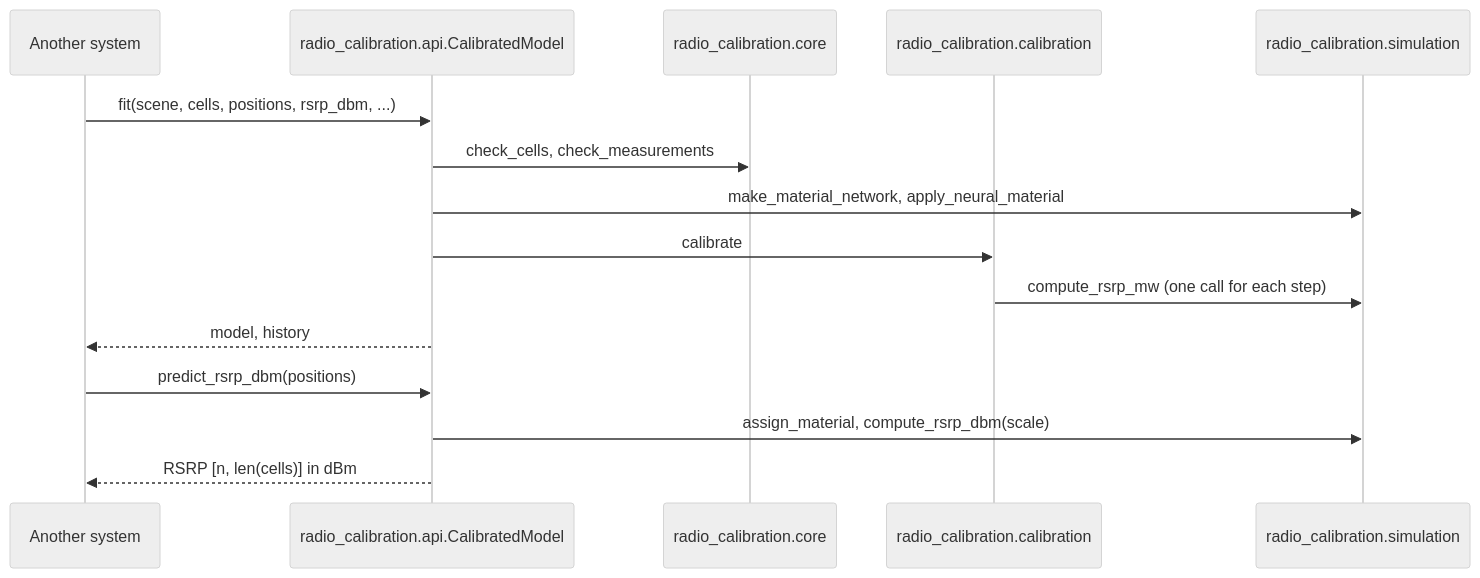
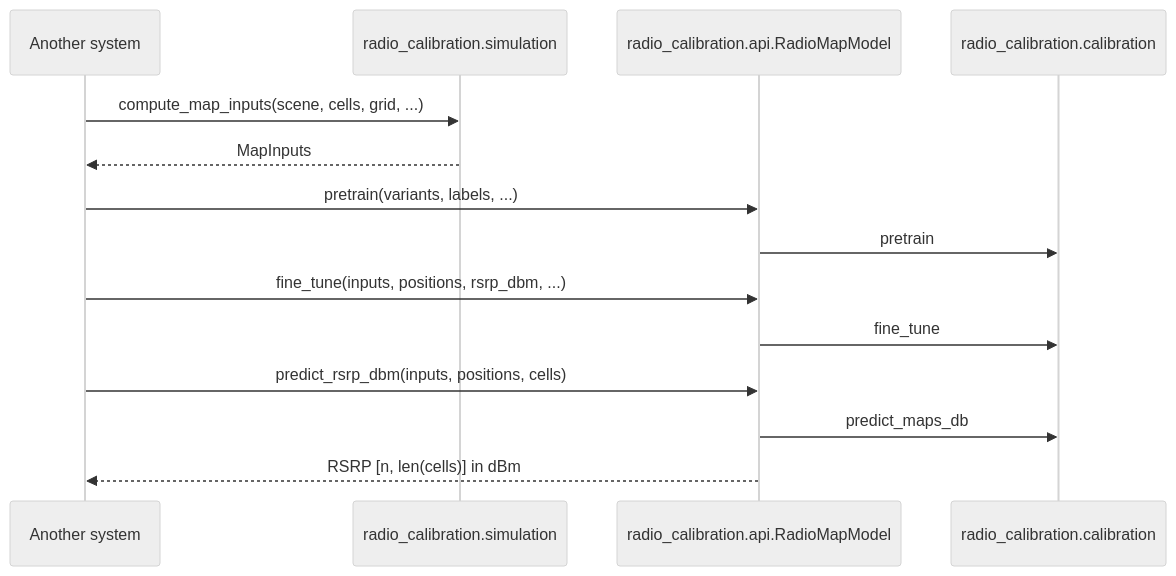
One commit to Wombat-Engineers/radio-calibration changed the second of 2 diagrams in README.md. Above: the diagram before and after it, drawn with Mermaid (neutral theme). The commit also changed other lines of this file and 100 other files, not shown here.

````diff
--- a/README.md
+++ b/README.md
@@ -373,17 +312,16 @@
 ```mermaid
 sequenceDiagram
     participant Host as Another system
-    participant API as radio_calibration.api.CalibratedModel
-    participant Core as radio_calibration.core
+    participant Sim as radio_calibration.simulation
+    participant API as radio_calibration.api.RadioMapModel
     participant Cal as radio_calibration.calibration
-    participant Sim as radio_calibration.simulation
-    Host->>API: fit(scene, cells, positions, rsrp_dbm, ...)
-    API->>Core: check_cells, check_measurements
-    API->>Sim: make_material_network, apply_neural_material
-    API->>Cal: calibrate
-    Cal->>Sim: compute_rsrp_mw (one call for each step)
-    API-->>Host: model, history
-    Host->>API: predict_rsrp_dbm(positions)
-    API->>Sim: assign_material, compute_rsrp_dbm(scale)
+    Host->>Sim: compute_map_inputs(scene, cells, grid, ...)
+    Sim-->>Host: MapInputs
+    Host->>API: pretrain(variants, labels, ...)
+    API->>Cal: pretrain
+    Host->>API: fine_tune(inputs, positions, rsrp_dbm, ...)
+    API->>Cal: fine_tune
+    Host->>API: predict_rsrp_dbm(inputs, positions, cells)
+    API->>Cal: predict_maps_db
     API-->>Host: RSRP [n, len(cells)] in dBm
 ```
````
